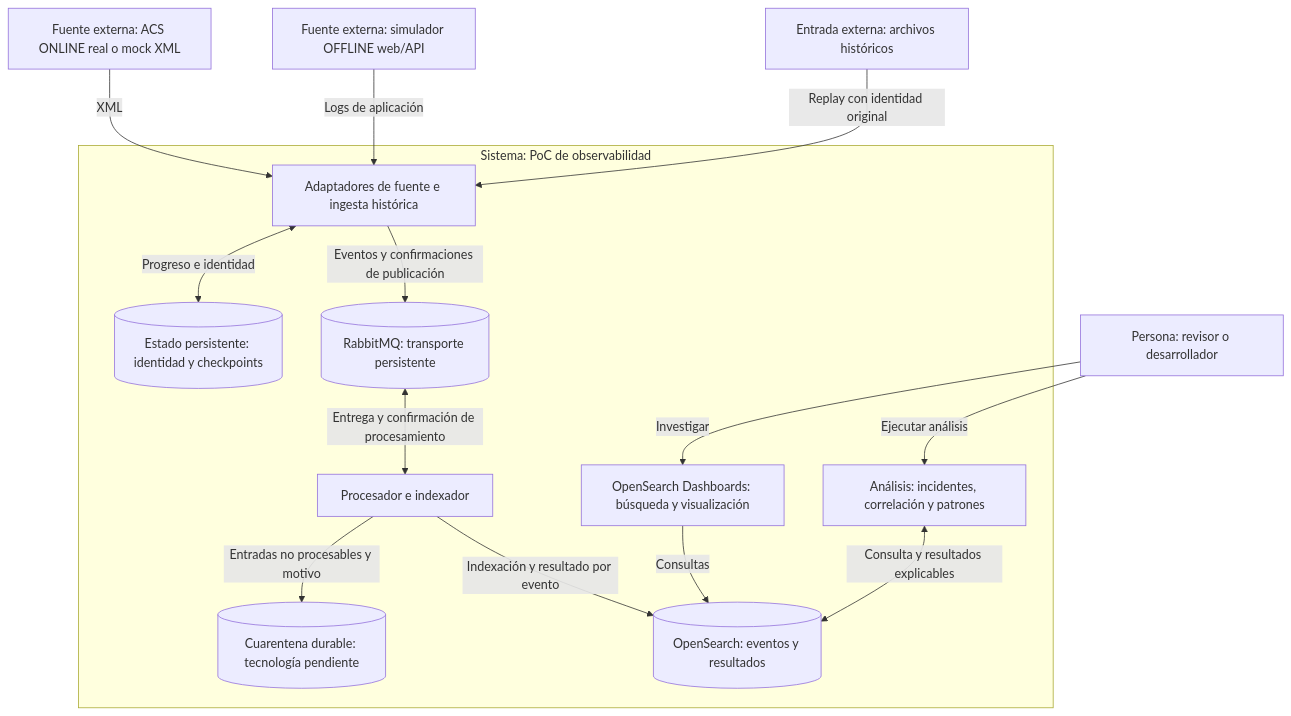
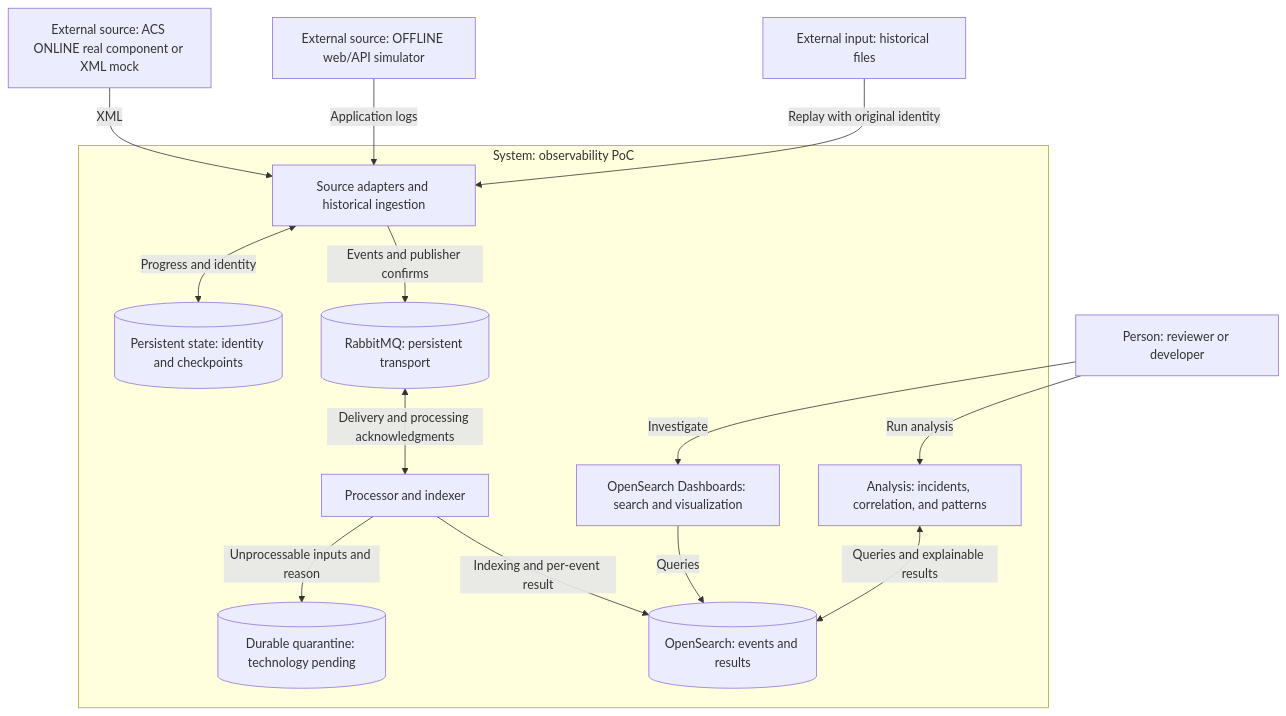
The diagram in docs/architecture/README.md (bfl-dev/ALMA-Oensearch-PoC), drawn with Mermaid before and after one commit. The commit also changed other lines of this file and 16 other files, not shown here.

````diff
--- a/docs/architecture/README.md
+++ b/docs/architecture/README.md
@@ -21,29 +21,29 @@
 ```mermaid
 flowchart TD
-    online["Fuente externa: ACS ONLINE real o mock XML"]
-    offline["Fuente externa: simulador OFFLINE web/API"]
-    history["Entrada externa: archivos históricos"]
-    reviewer["Persona: revisor o desarrollador"]
-    subgraph poc["Sistema: PoC de observabilidad"]
-        adapters["Adaptadores de fuente e ingesta histórica"]
-        sourceState[("Estado persistente: identidad y checkpoints")]
-        broker[("RabbitMQ: transporte persistente")]
-        worker["Procesador e indexador"]
-        quarantine[("Cuarentena durable: tecnología pendiente")]
-        search[("OpenSearch: eventos y resultados")]
-        dashboard["OpenSearch Dashboards: búsqueda y visualización"]
-        analysis["Análisis: incidentes, correlación y patrones"]
-        adapters <-->|"Progreso e identidad"| sourceState
-        adapters -->|"Eventos y confirmaciones de publicación"| broker
-        broker <-->|"Entrega y confirmación de procesamiento"| worker
-        worker -->|"Indexación y resultado por evento"| search
-        worker -->|"Entradas no procesables y motivo"| quarantine
-        dashboard -->|"Consultas"| search
-        analysis <-->|"Consulta y resultados explicables"| search
+    online["External source: ACS ONLINE real component or XML mock"]
+    offline["External source: OFFLINE web/API simulator"]
+    history["External input: historical files"]
+    reviewer["Person: reviewer or developer"]
+    subgraph poc["System: observability PoC"]
+        adapters["Source adapters and historical ingestion"]
+        sourceState[("Persistent state: identity and checkpoints")]
+        broker[("RabbitMQ: persistent transport")]
+        worker["Processor and indexer"]
+        quarantine[("Durable quarantine: technology pending")]
+        search[("OpenSearch: events and results")]
+        dashboard["OpenSearch Dashboards: search and visualization"]
+        analysis["Analysis: incidents, correlation, and patterns"]
+        adapters <-->|"Progress and identity"| sourceState
+        adapters -->|"Events and publisher confirms"| broker
+        broker <-->|"Delivery and processing acknowledgments"| worker
+        worker -->|"Indexing and per-event result"| search
+        worker -->|"Unprocessable inputs and reason"| quarantine
+        dashboard -->|"Queries"| search
+        analysis <-->|"Queries and explainable results"| search
     end
     online -->|"XML"| adapters
-    offline -->|"Logs de aplicación"| adapters
-    history -->|"Replay con identidad original"| adapters
-    reviewer -->|"Investigar"| dashboard
-    reviewer -->|"Ejecutar análisis"| analysis
+    offline -->|"Application logs"| adapters
+    history -->|"Replay with original identity"| adapters
+    reviewer -->|"Investigate"| dashboard
+    reviewer -->|"Run analysis"| analysis
 ```
````
